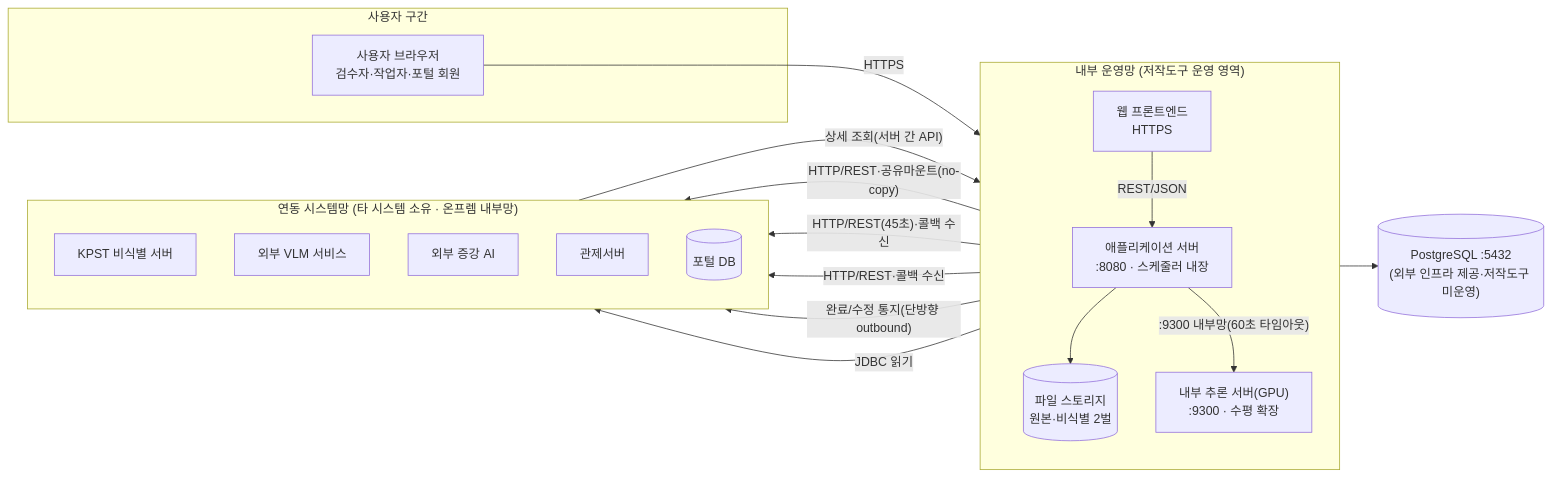
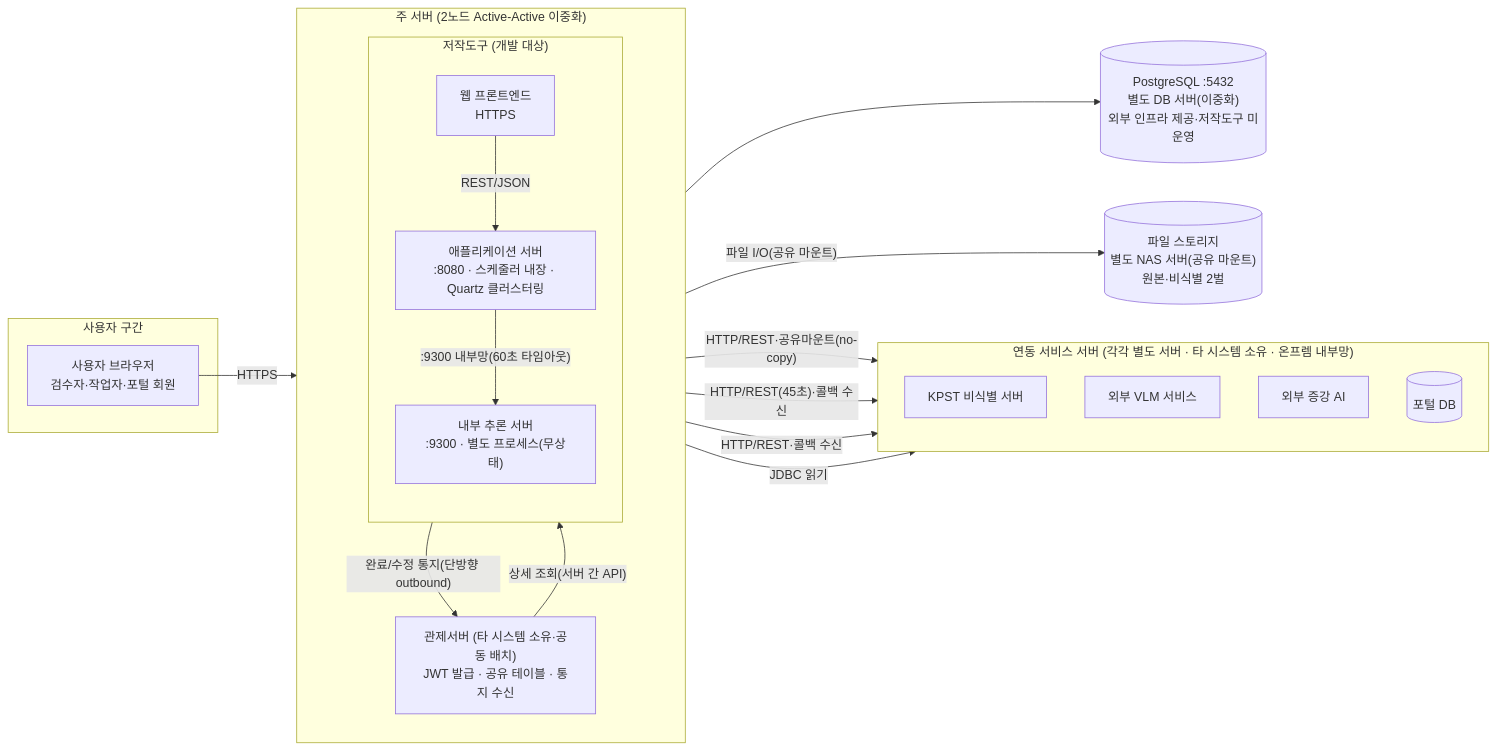
One commit to New-stella/klid-label changed the first of 6 diagrams in docs/design/D5-아키텍처설계서-Rev2.md. Above: the diagram before and after it, drawn with Mermaid. The commit also changed other lines of this file and 2 other files, not shown here.

````diff
--- a/docs/design/D5-아키텍처설계서-Rev2.md
+++ b/docs/design/D5-아키텍처설계서-Rev2.md
@@ -145,32 +231,35 @@
 ```mermaid
 flowchart LR
     subgraph Z0["사용자 구간"]
         U["사용자 브라우저<br/>검수자·작업자·포털 회원"]
     end
-    subgraph Z1["내부 운영망 (저작도구 운영 영역)"]
+    subgraph Z1["주 서버 (2노드 Active-Active 이중화)"]
         direction TB
-        WEB["웹 프론트엔드<br/>HTTPS"]
-        APP["애플리케이션 서버<br/>:8080 · 스케줄러 내장"]
-        AI["내부 추론 서버(GPU)<br/>:9300 · 수평 확장"]
-        FS[("파일 스토리지<br/>원본·비식별 2벌")]
+        CTRL["관제서버 (타 시스템 소유·공동 배치)<br/>JWT 발급 · 공유 테이블 · 통지 수신"]
+        subgraph AT["저작도구 (개발 대상)"]
+            direction TB
+            WEB["웹 프론트엔드<br/>HTTPS"]
+            APP["애플리케이션 서버<br/>:8080 · 스케줄러 내장 · Quartz 클러스터링"]
+            AI["내부 추론 서버<br/>:9300 · 별도 프로세스(무상태)"]
+        end
     end
-    DB[("PostgreSQL :5432<br/>(외부 인프라 제공·저작도구 미운영)")]
-    subgraph Z2["연동 시스템망 (타 시스템 소유 · 온프렘 내부망)"]
+    DB[("PostgreSQL :5432<br/>별도 DB 서버(이중화)<br/>외부 인프라 제공·저작도구 미운영")]
+    NAS[("파일 스토리지<br/>별도 NAS 서버(공유 마운트)<br/>원본·비식별 2벌")]
+    subgraph Z2["연동 서비스 서버 (각각 별도 서버 · 타 시스템 소유 · 온프렘 내부망)"]
         direction TB
         KPST["KPST 비식별 서버"]
         VLM["외부 VLM 서비스"]
         AUG["외부 증강 AI"]
-        CTRL["관제서버"]
         POR[("포털 DB")]
     end
     U -->|HTTPS| WEB -->|REST/JSON| APP
     APP --> DB
-    APP --> FS
+    APP -->|"파일 I/O(공유 마운트)"| NAS
     APP -->|":9300 내부망(60초 타임아웃)"| AI
     APP -->|"HTTP/REST·공유마운트(no-copy)"| KPST
     APP -->|"HTTP/REST(45초)·콜백 수신"| VLM
     APP -->|"HTTP/REST·콜백 수신"| AUG
     APP -->|"완료/수정 통지(단방향 outbound)"| CTRL
     CTRL -->|"상세 조회(서버 간 API)"| APP
     APP -->|"JDBC 읽기"| POR
 ```
````
